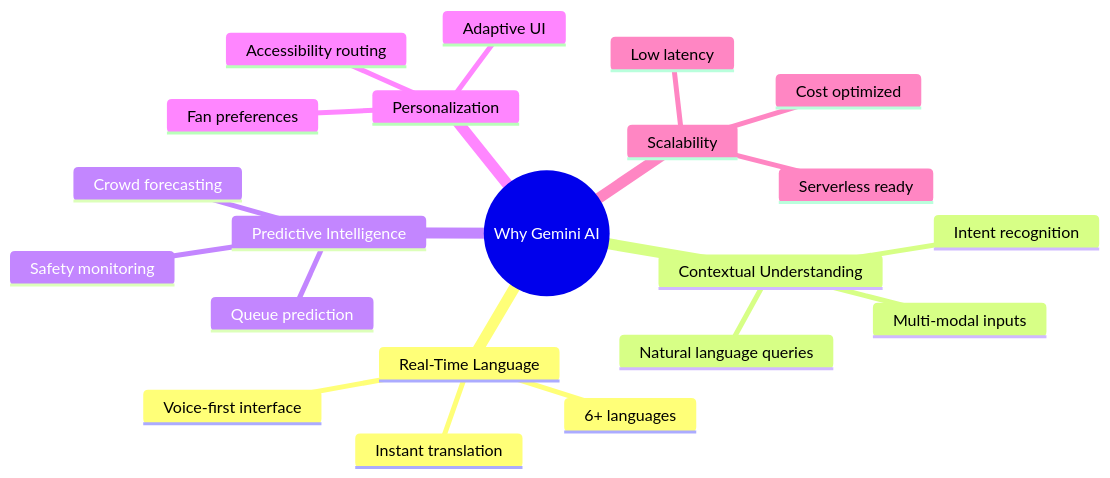
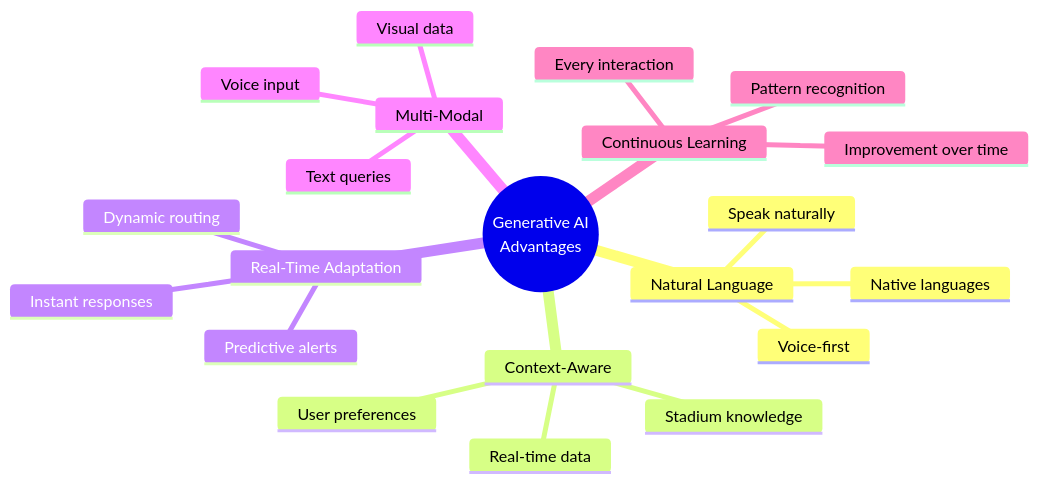
One commit to Riya-davra04/StadiumGPT-AI-Stadium-Assistant changed the fourth of 22 diagrams in README.md. Above: the diagram before and after it, drawn with Mermaid. The commit also changed other lines of this file, not shown here.

````diff
--- a/README.md
+++ b/README.md
@@ -80,24 +123,24 @@
 ```mermaid
 mindmap
-  root((Why Gemini AI))
-    Real-Time Language
-      Instant translation
-      6+ languages
-      Voice-first interface
-    Contextual Understanding
-      Natural language queries
-      Multi-modal inputs
-      Intent recognition
-    Predictive Intelligence
-      Crowd forecasting
-      Queue prediction
-      Safety monitoring
-    Personalization
-      Accessibility routing
-      Fan preferences
-      Adaptive UI
-    Scalability
-      Serverless ready
-      Cost optimized
-      Low latency
+  root((Generative AI<br>Advantages))
+    Natural Language
+      Speak naturally
+      Native languages
+      Voice-first
+    Context-Aware
+      Stadium knowledge
+      Real-time data
+      User preferences
+    Real-Time Adaptation
+      Instant responses
+      Dynamic routing
+      Predictive alerts
+    Multi-Modal
+      Voice input
+      Text queries
+      Visual data
+    Continuous Learning
+      Every interaction
+      Pattern recognition
+      Improvement over time
 ```
````
